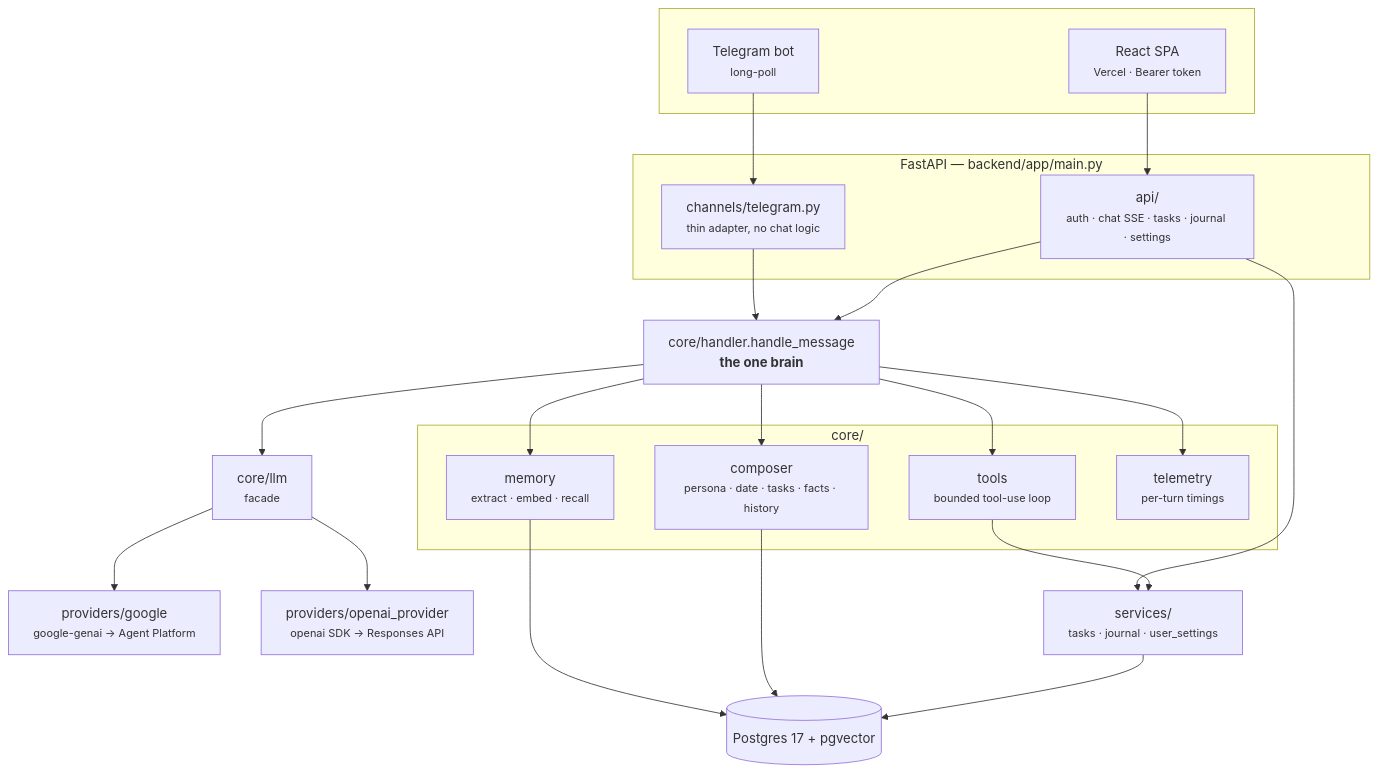
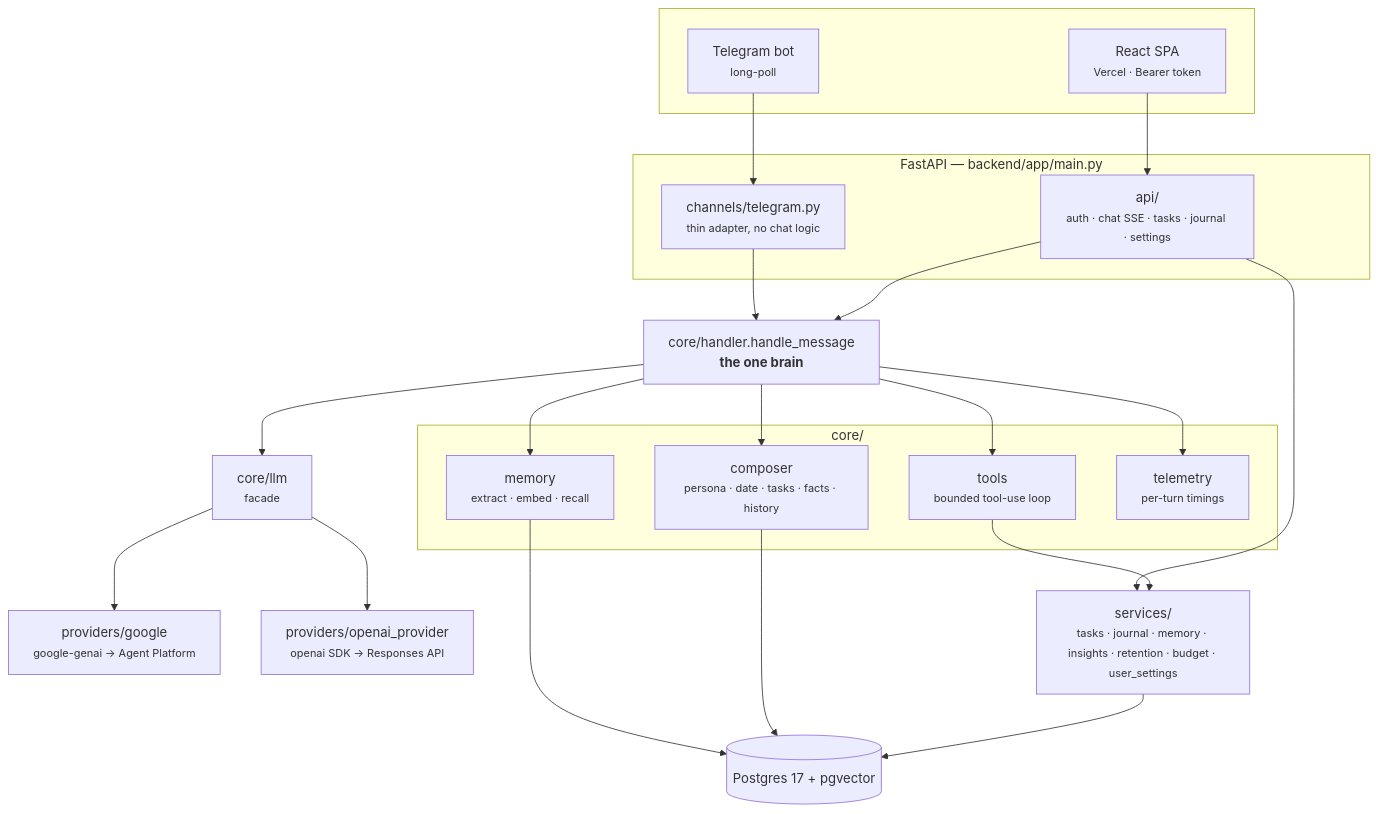
One commit to narendra632/aceroai changed the first of 7 diagrams in docs/ARCHITECTURE.md. Above: the diagram before and after it, drawn with Mermaid. The commit also changed other lines of this file and 21 other files, not shown here.

````diff
--- a/docs/ARCHITECTURE.md
+++ b/docs/ARCHITECTURE.md
@@ -28,38 +28,38 @@
 ```mermaid
 flowchart TB
     subgraph clients [" "]
         SPA["React SPA<br/><small>Vercel · Bearer token</small>"]
         TG["Telegram bot<br/><small>long-poll</small>"]
     end
 
     subgraph api ["FastAPI — backend/app/main.py"]
         ROUTES["api/<br/><small>auth · chat SSE · tasks · journal · settings</small>"]
         CHAN["channels/telegram.py<br/><small>thin adapter, no chat logic</small>"]
     end
 
     BRAIN["core/handler.handle_message<br/><b>the one brain</b>"]
 
     subgraph brainparts ["core/"]
         COMP["composer<br/><small>persona · date · tasks · facts · history</small>"]
         TOOLS["tools<br/><small>bounded tool-use loop</small>"]
         MEM["memory<br/><small>extract · embed · recall</small>"]
         TEL["telemetry<br/><small>per-turn timings</small>"]
     end
 
     LLM["core/llm<br/><small>facade</small>"]
     GOOG["providers/google<br/><small>google-genai → Agent Platform</small>"]
     OAI["providers/openai_provider<br/><small>openai SDK → Responses API</small>"]
 
-    SVC["services/<br/><small>tasks · journal · user_settings</small>"]
+    SVC["services/<br/><small>tasks · journal · memory · insights · retention · budget · user_settings</small>"]
     DB[("Postgres 17 + pgvector")]
 
     SPA --> ROUTES --> BRAIN
     TG --> CHAN --> BRAIN
     BRAIN --> COMP & TOOLS & MEM & TEL
     BRAIN --> LLM --> GOOG & OAI
     TOOLS --> SVC
     ROUTES --> SVC
     SVC --> DB
     COMP --> DB
     MEM --> DB
 ```
````
